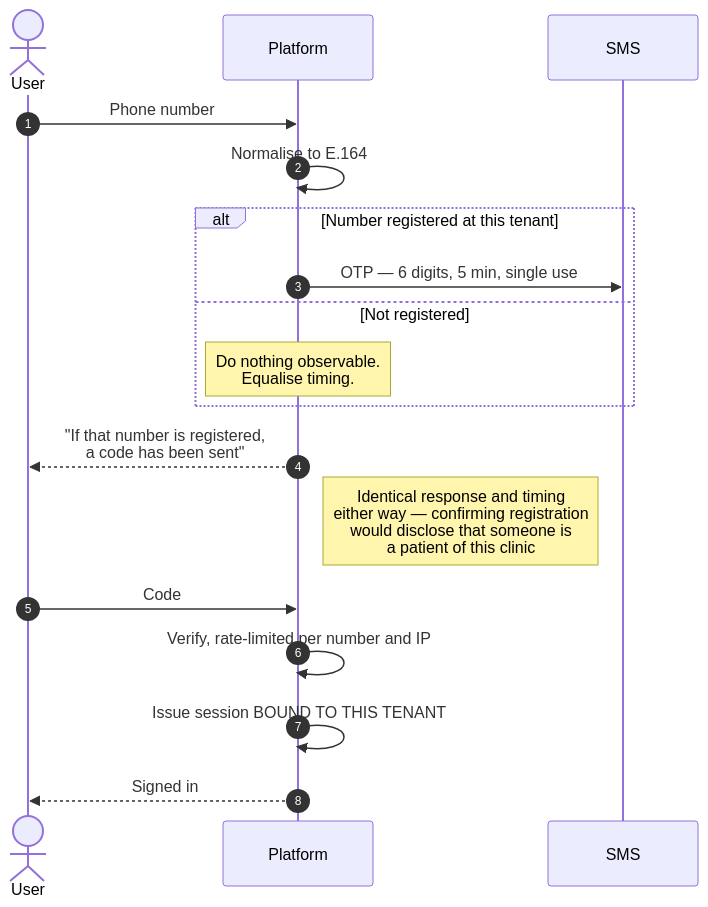
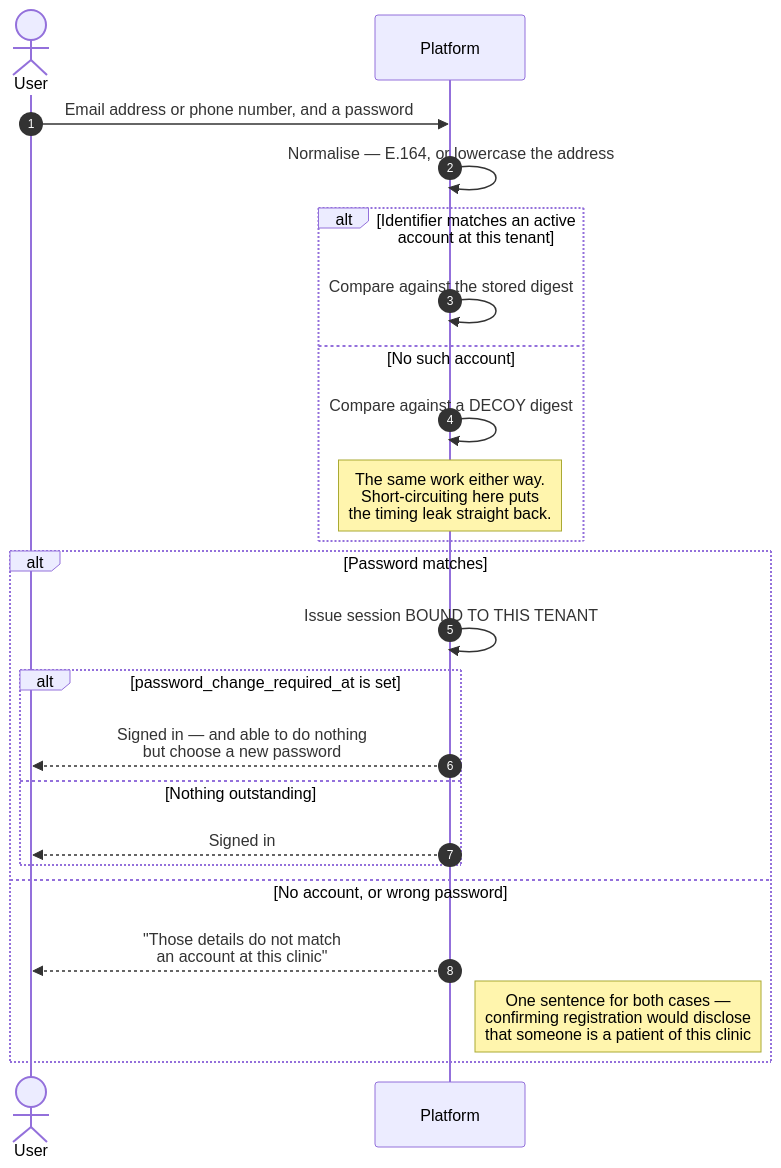
The first of 2 diagrams in docs/40-api/authentication-and-sessions.md (BAGOMBEKA-JOB-DEV/carevelo), drawn with Mermaid before and after one commit. The commit also changed other lines of this file and 112 other files, not shown here.

````diff
--- a/docs/40-api/authentication-and-sessions.md
+++ b/docs/40-api/authentication-and-sessions.md
@@ -33,22 +35,27 @@
 ```mermaid
 sequenceDiagram
     autonumber
     actor U as User
     participant P as Platform
-    participant S as SMS
 
-    U->>P: Phone number
-    P->>P: Normalise to E.164
-    alt Number registered at this tenant
-        P->>S: OTP — 6 digits, 5 min, single use
-    else Not registered
-        Note over P: Do nothing observable.<br/>Equalise timing.
+    U->>P: Email address or phone number, and a password
+    P->>P: Normalise — E.164, or lowercase the address
+    alt Identifier matches an active account at this tenant
+        P->>P: Compare against the stored digest
+    else No such account
+        P->>P: Compare against a DECOY digest
+        Note over P: The same work either way.<br/>Short-circuiting here puts<br/>the timing leak straight back.
     end
-    P-->>U: "If that number is registered,<br/>a code has been sent"
-    Note right of P: Identical response and timing<br/>either way — confirming registration<br/>would disclose that someone is<br/>a patient of this clinic
 
-    U->>P: Code
-    P->>P: Verify, rate-limited per number and IP
-    P->>P: Issue session BOUND TO THIS TENANT
-    P-->>U: Signed in
+    alt Password matches
+        P->>P: Issue session BOUND TO THIS TENANT
+        alt password_change_required_at is set
+            P-->>U: Signed in — and able to do nothing<br/>but choose a new password
+        else Nothing outstanding
+            P-->>U: Signed in
+        end
+    else No account, or wrong password
+        P-->>U: "Those details do not match<br/>an account at this clinic"
+        Note right of P: One sentence for both cases —<br/>confirming registration would disclose<br/>that someone is a patient of this clinic
+    end
 ```
````
